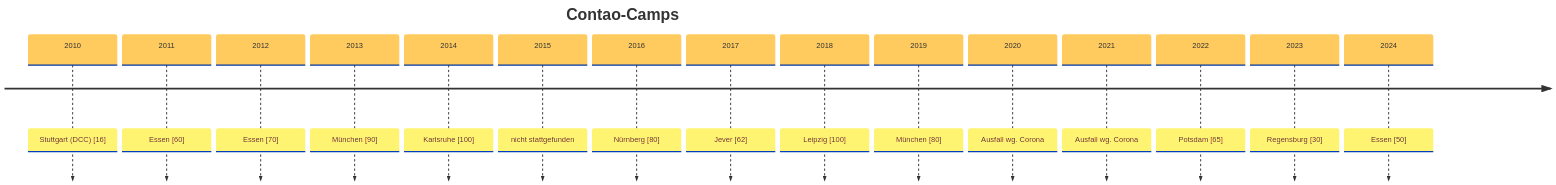
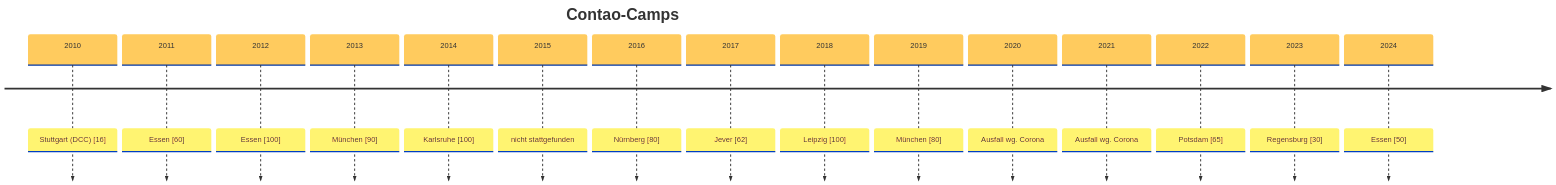
One commit to contao-community-alliance/contao-camps changed the diagram in README.md. Above: the diagram before and after it, drawn with Mermaid. The commit also changed 2 other files, not shown here.

Commit message:
Camp 2024

````diff
--- a/README.md
+++ b/README.md
@@ -23,20 +23,20 @@
 ```mermaid
 %%{init: { 'logLevel': 'debug', 'theme': 'base', 'timeline': {'disableMulticolor': true}}}%%
     timeline
         title Contao-Camps
         2010 : Stuttgart (DCC) [16]
         2011 : Essen [60]
-        2012 : Essen [70]
+        2012 : Essen [100]
         2013 : München [90]
         2014 : Karlsruhe [100]
         2015 : nicht stattgefunden
         2016 : Nürnberg [80]
         2017 : Jever [62]
         2018 : Leipzig [100]
         2019 : München [80]
         2020 : Ausfall wg. Corona
         2021 : Ausfall wg. Corona
         2022 : Potsdam [65]
         2023 : Regensburg [30]
         2024 : Essen [50]
 ```
````
